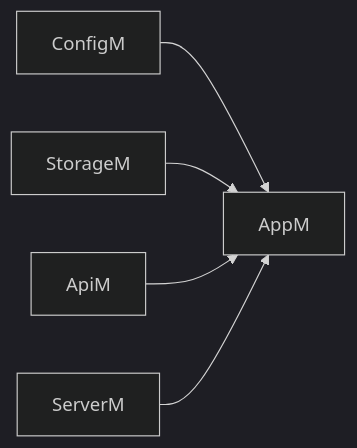
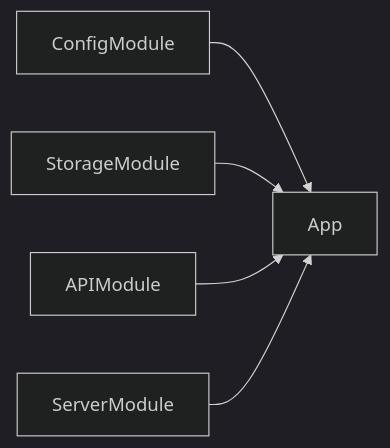
One commit to limistah/go-url-shortener changed the ninth of 11 diagrams in docs/walkthrough.md. Above: the diagram before and after it, drawn with Mermaid (dark theme). The commit also changed other lines of this file and 48 other files, not shown here.

````diff
--- a/docs/walkthrough.md
+++ b/docs/walkthrough.md
@@ -111,7 +84,7 @@
 ```mermaid
 flowchart LR
-  ConfigM --> AppM
-  StorageM --> AppM
-  ApiM --> AppM
-  ServerM --> AppM
+  ConfigModule --> App
+  StorageModule --> App
+  APIModule --> App
+  ServerModule --> App
 ```
````
